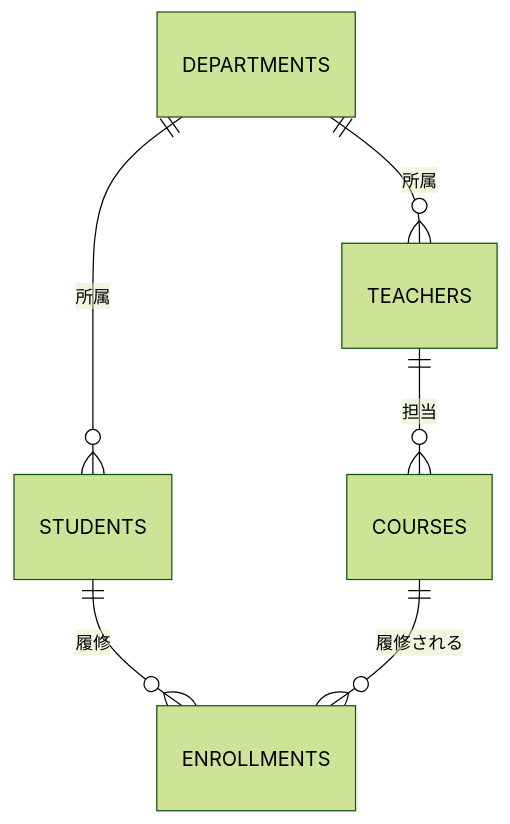
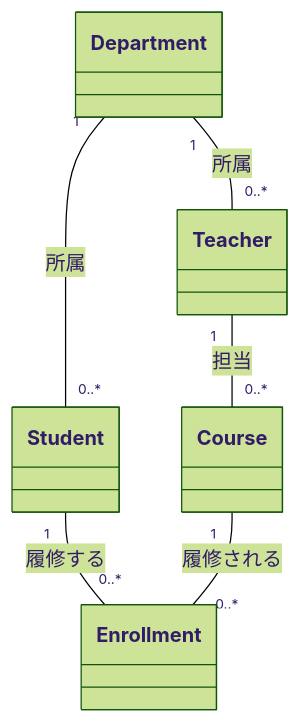
One commit to YTS0418/PRMN_SYSTEM_Lecture changed the third of 3 diagrams in データベース/00_はじめに.md. Above: the diagram before and after it, drawn with Mermaid (forest theme). The commit also changed other lines of this file and 7 other files, not shown here.

````diff
--- a/データベース/00_はじめに.md
+++ b/データベース/00_はじめに.md
@@ -97,8 +99,8 @@
 ```mermaid
-erDiagram
-    DEPARTMENTS ||--o{ STUDENTS : "所属"
-    DEPARTMENTS ||--o{ TEACHERS : "所属"
-    TEACHERS ||--o{ COURSES : "担当"
-    STUDENTS ||--o{ ENROLLMENTS : "履修"
-    COURSES ||--o{ ENROLLMENTS : "履修される"
+classDiagram
+    Department "1" -- "0..*" Student : 所属
+    Department "1" -- "0..*" Teacher : 所属
+    Teacher "1" -- "0..*" Course : 担当
+    Student "1" -- "0..*" Enrollment : 履修する
+    Course "1" -- "0..*" Enrollment : 履修される
 ```
````
